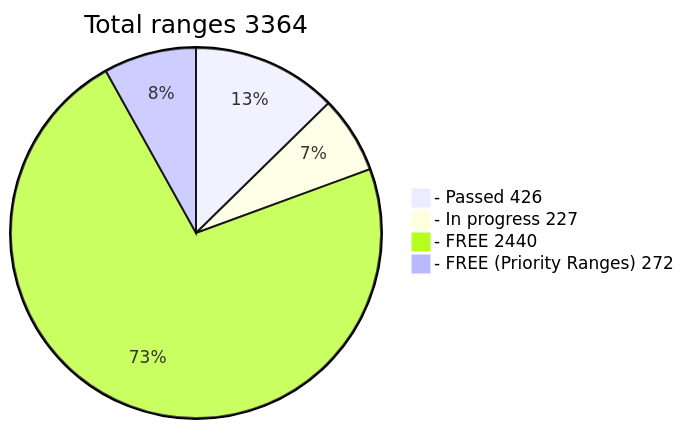
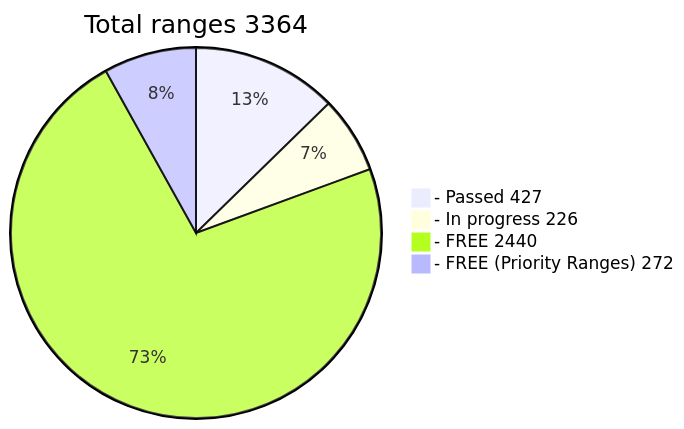
One commit to phrutis/wif500 changed the diagram in README.md. Above: the diagram before and after it, drawn with Mermaid.

````diff
--- a/README.md
+++ b/README.md
@@ -16,7 +16,7 @@
 ```mermaid
 pie title Total ranges 3364
-  "- Passed 426" : 426
-  "- In progress 227" : 227
+  "- Passed 427" : 427
+  "- In progress 226" : 226
   "- FREE 2440" : 2440
   "- FREE (Priority Ranges) 272" : 272
 ```
````
